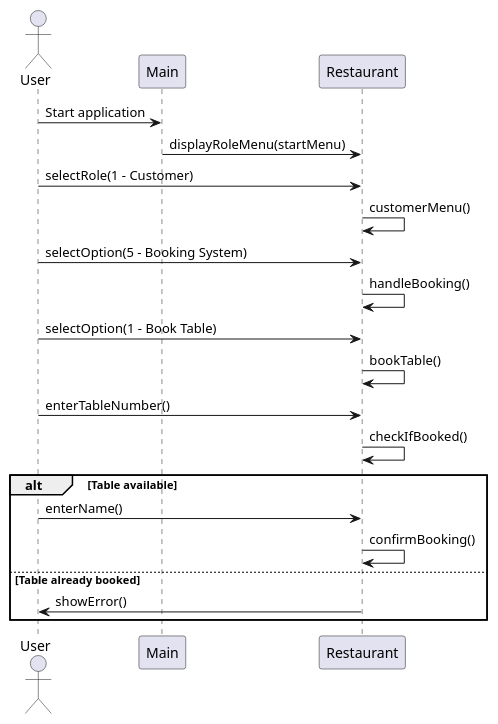
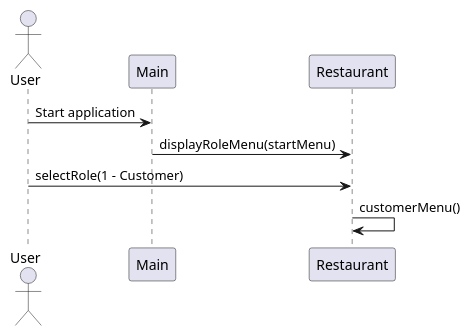
Before and after one commit to EverythingCanWork/RestaurantAssignment: the diagram in src/sequence.puml, drawn with PlantUML.

Commit message:
update uml

```diff
--- a/src/sequence.puml
+++ b/src/sequence.puml
@@ -1,22 +1,11 @@
 @startuml
 actor User
 participant Main
 participant Restaurant
 
 User -> Main : Start application
 Main -> Restaurant : displayRoleMenu(startMenu)
 User -> Restaurant : selectRole(1 - Customer)
 Restaurant -> Restaurant : customerMenu()
-User -> Restaurant : selectOption(5 - Booking System)
-Restaurant -> Restaurant : handleBooking()
-User -> Restaurant : selectOption(1 - Book Table)
-Restaurant -> Restaurant : bookTable()
-User -> Restaurant : enterTableNumber()
-Restaurant -> Restaurant : checkIfBooked()
-alt Table available
-    User -> Restaurant : enterName()
-    Restaurant -> Restaurant : confirmBooking()
-else Table already booked
-    Restaurant -> User : showError()
-end
+
 @enduml
```
